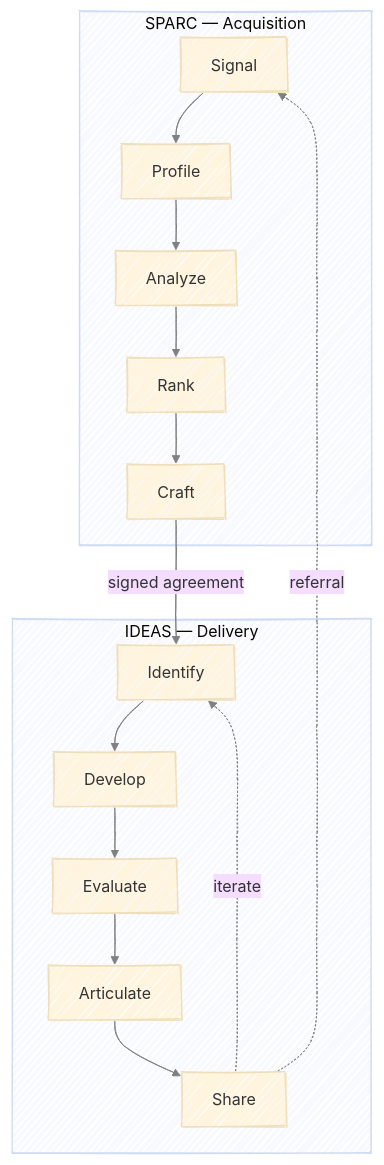
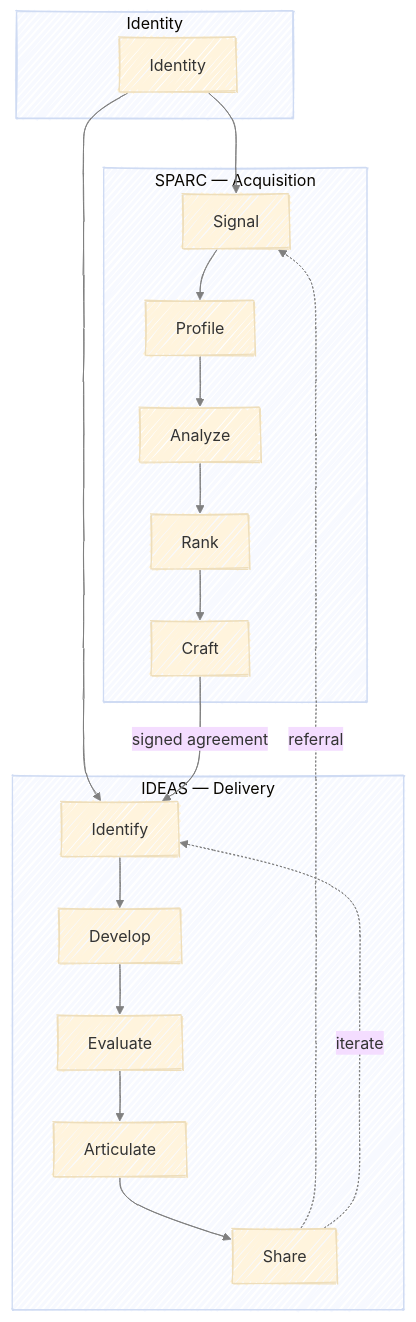
Before and after one commit to athrael-soju/framework-generator: the diagram in framework/PRAXIS.md, drawn with Mermaid. The commit also changed other lines of this file and 19 other files, not shown here.

````diff
--- a/framework/PRAXIS.md
+++ b/framework/PRAXIS.md
@@ -7,28 +7,34 @@
 ```mermaid
 ---
 config:
   layout: dagre
   look: handDrawn
   theme: base
   themeVariables:
     lineColor: gray
 ---
 flowchart TB
+    subgraph Foundation ["Identity"]
+        Identity["Identity"]
+    end
+
     subgraph SPARC ["SPARC — Acquisition"]
         S["Signal"] --> P["Profile"]
         P --> A["Analyze"]
         A --> R["Rank"]
         R --> C["Craft"]
     end
-    
+
     subgraph IDEAS ["IDEAS — Delivery"]
-        I["Identify"] --> D["Develop"]
+        Id["Identify"] --> D["Develop"]
         D --> E["Evaluate"]
         E --> Ar["Articulate"]
         Ar --> Sh["Share"]
     end
-    
-    C --> |"signed agreement"| I
+
+    Identity --> S
+    Identity --> Id
+    C --> |"signed agreement"| Id
     Sh -.-> |"referral"| S
-    Sh -.-> |"iterate"| I
+    Sh -.-> |"iterate"| Id
 ```
````
